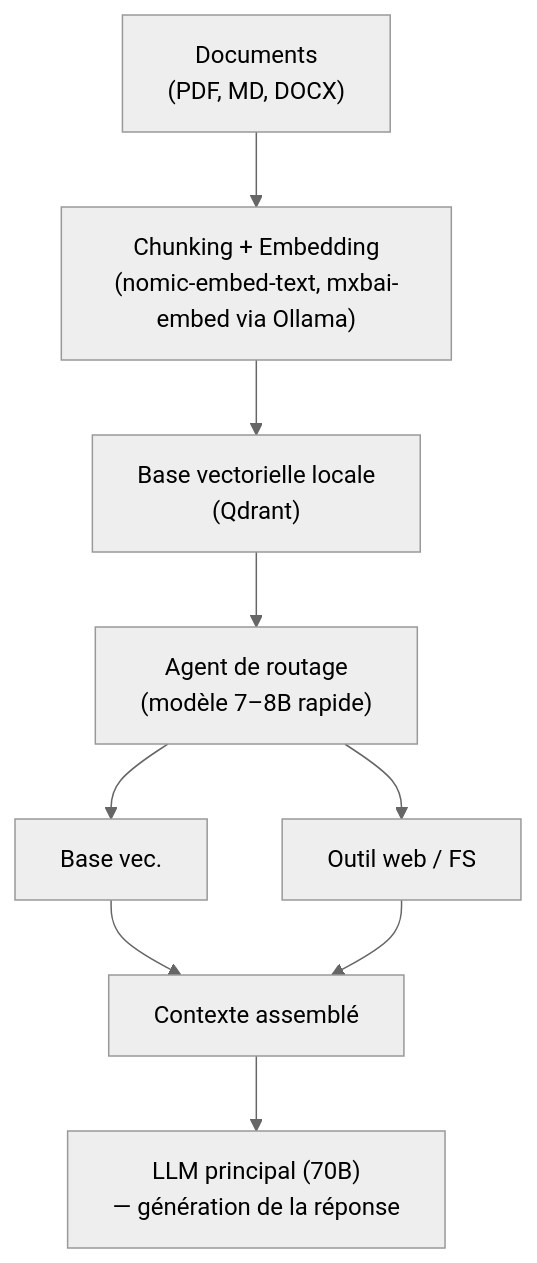
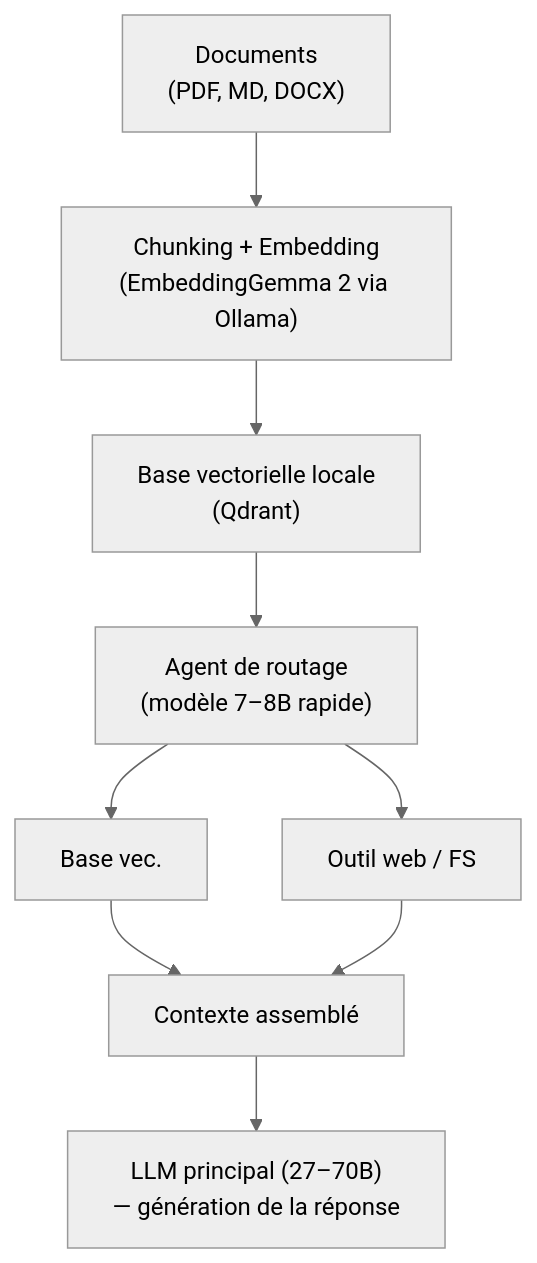
The diagram in 03-stack-logicielle/rag-and-agents.md (DamienBecherini/ia-on-prem-vault), drawn with Mermaid (neutral theme) before and after one commit. The commit also changed other lines of this file and 118 other files, not shown here.

````diff
--- a/03-stack-logicielle/rag-and-agents.md
+++ b/03-stack-logicielle/rag-and-agents.md
@@ -193,11 +194,11 @@
 ```mermaid
 flowchart TD
-    A["Documents\n(PDF, MD, DOCX)"] --> B["Chunking + Embedding\n(nomic-embed-text, mxbai-embed via Ollama)"]
+    A["Documents\n(PDF, MD, DOCX)"] --> B["Chunking + Embedding\n(EmbeddingGemma 2 via Ollama)"]
     B --> C["Base vectorielle locale\n(Qdrant)"]
     C --> D["Agent de routage\n(modèle 7–8B rapide)"]
     D --> E["Base vec."]
     D --> F["Outil web / FS"]
     E --> G["Contexte assemblé"]
     F --> G
-    G --> H["LLM principal (70B)\n— génération de la réponse"]
+    G --> H["LLM principal (27–70B)\n— génération de la réponse"]
 ```
````
